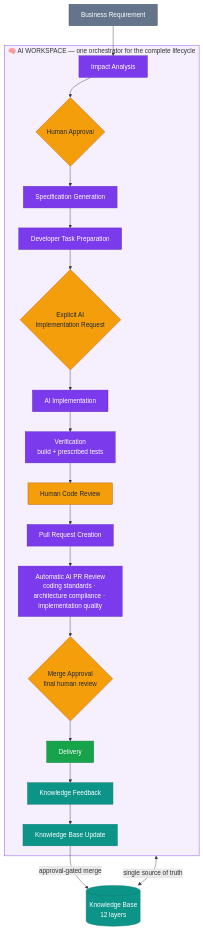
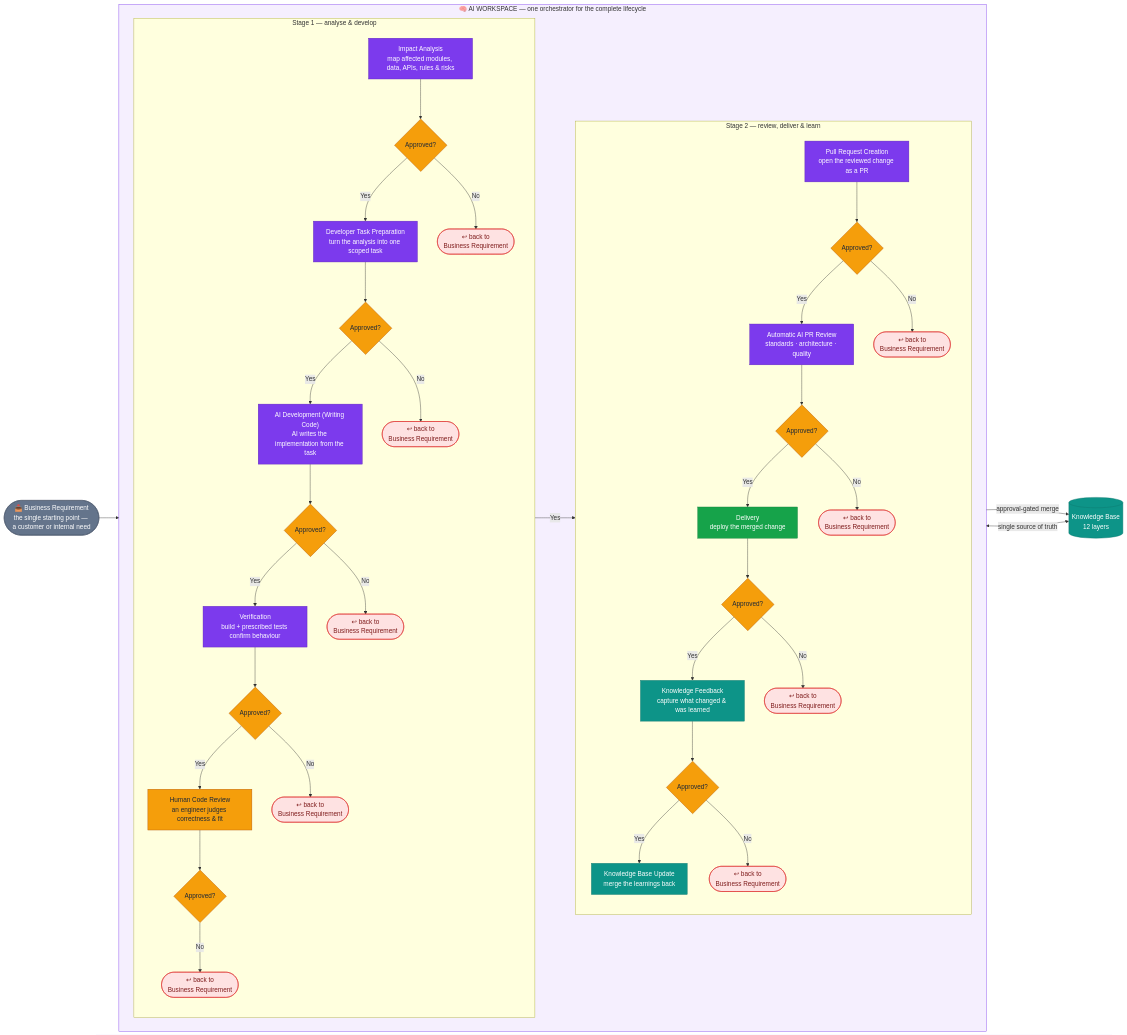
Before and after one commit to peopledesk-app/engineering-blueprint: the third of 6 diagrams in pkaef/README.md, drawn with Mermaid. The commit also changed other lines of this file, not shown here.

````diff
--- a/pkaef/README.md
+++ b/pkaef/README.md
@@ -161,38 +163,63 @@
 ```mermaid
-flowchart TB
+flowchart LR
 
-REQ[Business Requirement]
-KB[(Knowledge Base<br/>12 layers)]
+REQ(["📥 Business Requirement<br/>the single starting point — a customer or internal need"])
 
 subgraph WS["🧠 AI WORKSPACE — one orchestrator for the complete lifecycle"]
-    IA[Impact Analysis] --> HA{Human Approval}
-    HA --> SPEC[Specification Generation]
-    SPEC --> TASK[Developer Task Preparation]
-    TASK --> EXP{"Explicit AI<br/>Implementation Request"}
-    EXP --> IMPL[AI Implementation]
-    IMPL --> VER["Verification<br/>build + prescribed tests"]
-    VER --> HCR[Human Code Review]
-    HCR --> PR[Pull Request Creation]
-    PR --> AIPR["Automatic AI PR Review<br/>coding standards · architecture compliance · implementation quality"]
-    AIPR --> MA{"Merge Approval<br/>final human review"}
-    MA --> DEL[Delivery]
-    DEL --> KF[Knowledge Feedback]
-    KF --> KBU[Knowledge Base Update]
+    direction LR
+
+    subgraph R1["Stage 1 — analyse &amp; develop"]
+        direction TB
+        IA["Impact Analysis<br/>map affected modules, data, APIs, rules & risks"] --> D1{Approved?}
+        D1 -->|Yes| TASK["Developer Task Preparation<br/>turn the analysis into one scoped task"]
+        D1 -->|No| RS1(["↩ back to<br/>Business Requirement"])
+        TASK --> D2{Approved?}
+        D2 -->|Yes| IMPL["AI Development (Writing Code)<br/>AI writes the implementation from the task"]
+        D2 -->|No| RS2(["↩ back to<br/>Business Requirement"])
+        IMPL --> D3{Approved?}
+        D3 -->|Yes| VER["Verification<br/>build + prescribed tests confirm behaviour"]
+        D3 -->|No| RS3(["↩ back to<br/>Business Requirement"])
+        VER --> D4{Approved?}
+        D4 -->|Yes| HCR["Human Code Review<br/>an engineer judges correctness & fit"]
+        D4 -->|No| RS4(["↩ back to<br/>Business Requirement"])
+        HCR --> D5{Approved?}
+        D5 -->|No| RS5(["↩ back to<br/>Business Requirement"])
+    end
+
+    subgraph R2["Stage 2 — review, deliver &amp; learn"]
+        direction TB
+        PR["Pull Request Creation<br/>open the reviewed change as a PR"] --> D6{Approved?}
+        D6 -->|Yes| AIPR["Automatic AI PR Review<br/>standards · architecture · quality"]
+        D6 -->|No| RS6(["↩ back to<br/>Business Requirement"])
+        AIPR --> D7{Approved?}
+        D7 -->|Yes| DEL["Delivery<br/>deploy the merged change"]
+        D7 -->|No| RS7(["↩ back to<br/>Business Requirement"])
+        DEL --> D8{Approved?}
+        D8 -->|Yes| KF["Knowledge Feedback<br/>capture what changed & was learned"]
+        D8 -->|No| RS8(["↩ back to<br/>Business Requirement"])
+        KF --> D9{Approved?}
+        D9 -->|Yes| KBU["Knowledge Base Update<br/>merge the learnings back"]
+        D9 -->|No| RS9(["↩ back to<br/>Business Requirement"])
+    end
+
+    D5 -->|Yes| PR
 end
 
 REQ --> IA
-KB <-->|single source of truth| WS
+KB[(Knowledge Base<br/>12 layers)] <-->|single source of truth| WS
 KBU -->|approval-gated merge| KB
 
 classDef ai fill:#7C3AED,stroke:#5B21B6,color:#FFFFFF
 classDef human fill:#F59E0B,stroke:#B45309,color:#1F2937
 classDef kb fill:#0D9488,stroke:#0F766E,color:#FFFFFF
 classDef live fill:#16A34A,stroke:#15803D,color:#FFFFFF
 classDef input fill:#64748B,stroke:#475569,color:#FFFFFF
-class IA,SPEC,TASK,IMPL,VER,PR,AIPR ai
-class HA,EXP,HCR,MA human
+classDef restart fill:#FEE2E2,stroke:#DC2626,color:#7F1D1D
+class IA,TASK,IMPL,VER,PR,AIPR ai
+class D1,D2,D3,D4,D5,D6,D7,D8,D9,HCR human
 class DEL live
 class KF,KBU,KB kb
 class REQ input
+class RS1,RS2,RS3,RS4,RS5,RS6,RS7,RS8,RS9 restart
 style WS fill:#7C3AED14,stroke:#7C3AED
 ```
````
